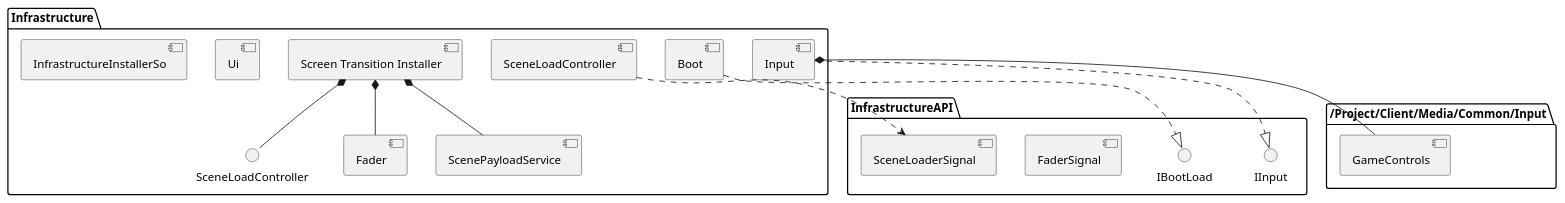
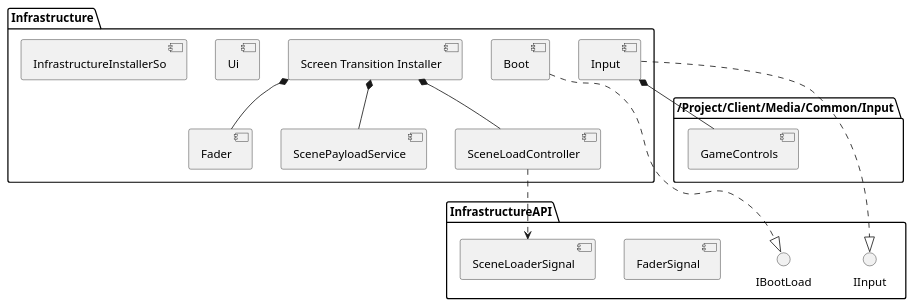
The diagram in Assets/Project/Client/Src/com/AB/Infrastructure/_Docs/InfrastructreComponentModelDoc.puml (BlisfulCarbon/TileCrusher), drawn with PlantUML before and after one commit.

```diff
--- a/Assets/Project/Client/Src/com/AB/Infrastructure/_Docs/InfrastructreComponentModelDoc.puml
+++ b/Assets/Project/Client/Src/com/AB/Infrastructure/_Docs/InfrastructreComponentModelDoc.puml
@@ -1,45 +1,45 @@
 @startuml
 'https://plantuml.com/component-diagram
 
 package "/Project/Client/Media/Common/Input"{
     component GameControls as GC
 }
     
 package "InfrastructureAPI"{
     interface "IBootLoad" as IBoot
     interface "IInput" as IInput
     
     [FaderSignal]
     [SceneLoaderSignal] as SLSignal
 }
 
 package "Infrastructure" {
     
     '=== Boot submodule
     [Boot] ..|> IBoot
     
     '=== Input submodule
     component Input
     Input ..|> "IInput"
     Input *-- GC
     
     '=== ScreenTransition submodule
     component Fader
     component ScenePayloadService
     
     component SceneLoadController as SLC
     SLC ..> SLSignal
     
     component "Screen Transition Installer" as STI
     STI *-- Fader
-    STI *-- SceneLoadController
+    STI *-- SLC
     STI *-- ScenePayloadService
 
     '=== Ui submodule
     [Ui]
     
     '=== Settings
     [InfrastructureInstallerSo] as infrastructureSettings
 }
 
 @enduml
```
